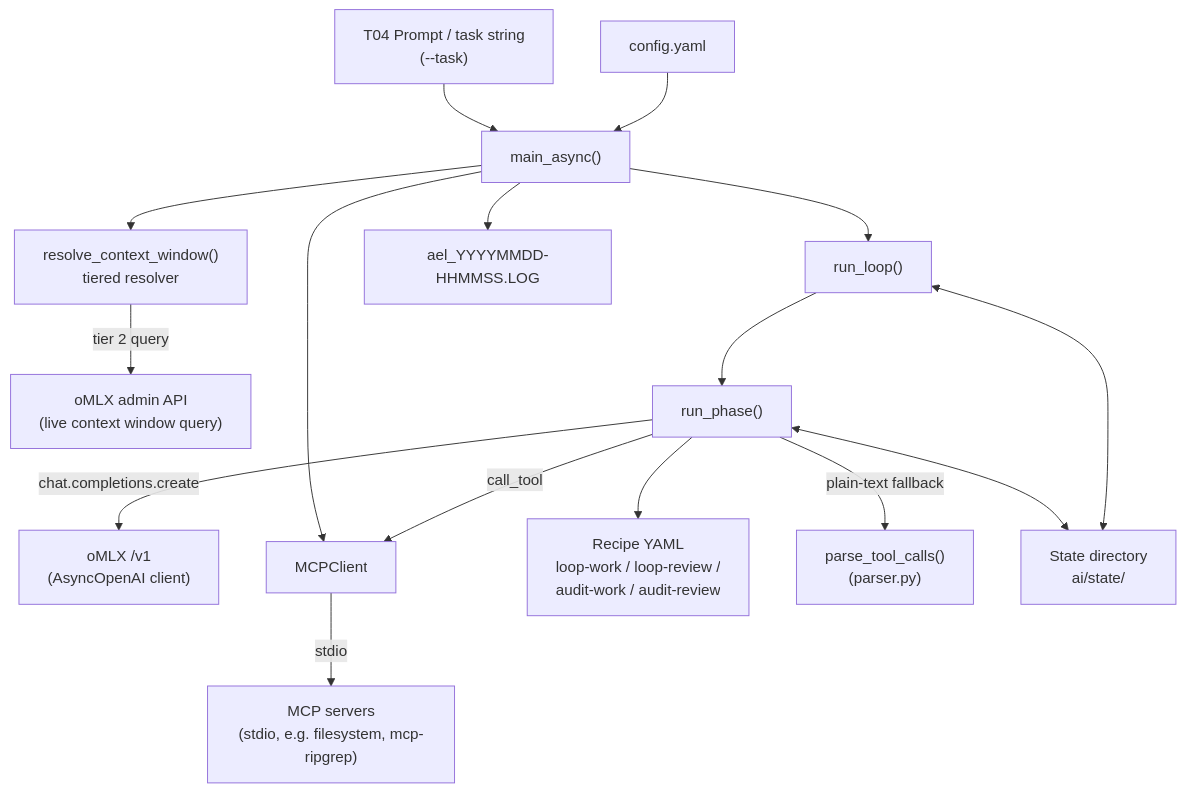
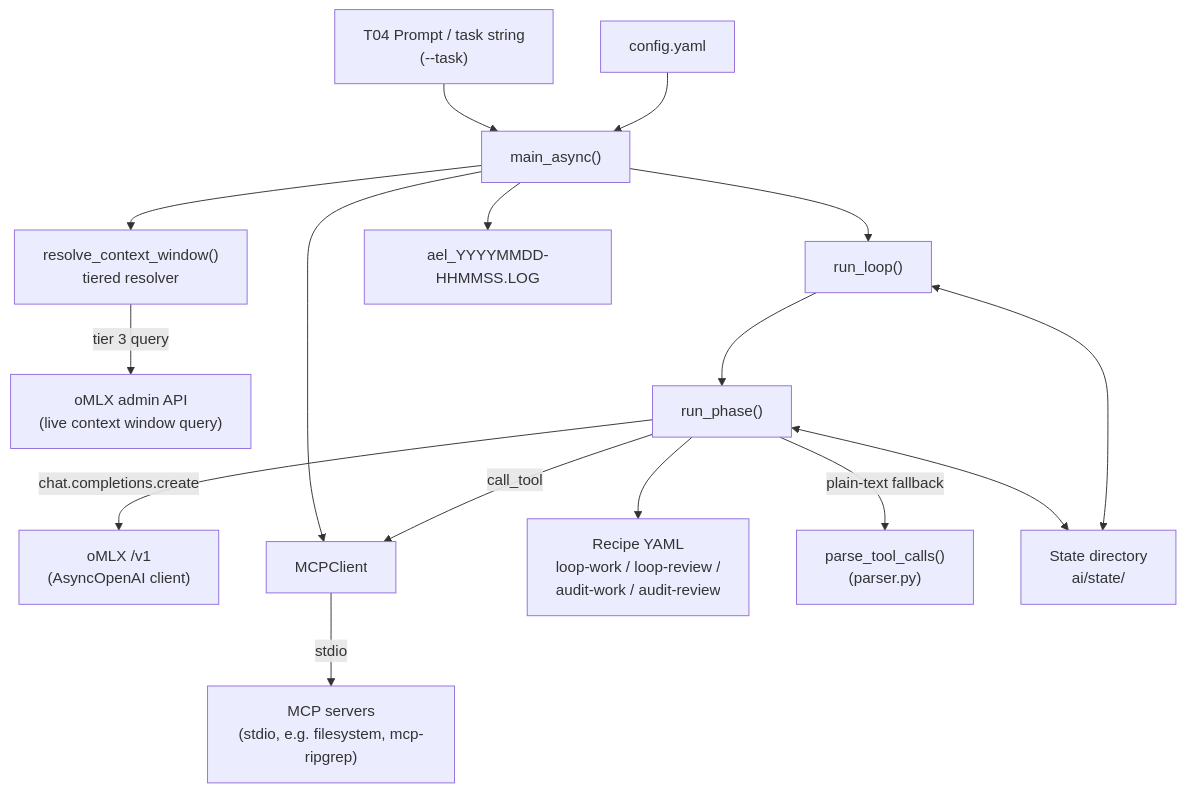
One commit to William12556/AI-Governance-and-Orchestration changed the first of 2 diagrams in dev/design/design-ael-orchestrator.md. Above: the diagram before and after it, drawn with Mermaid. The commit also changed other lines of this file and 1 other file, not shown here.

````diff
--- a/dev/design/design-ael-orchestrator.md
+++ b/dev/design/design-ael-orchestrator.md
@@ -88,33 +88,33 @@
 ```mermaid
 graph TD
     T04["T04 Prompt / task string<br/>(--task)"]
     CFG["config.yaml"]
     MAIN["main_async()"]
     CTXR["resolve_context_window()<br/>tiered resolver"]
     OMLXADMIN["oMLX admin API<br/>(live context window query)"]
     LLM["oMLX /v1<br/>(AsyncOpenAI client)"]
     MCPC["MCPClient"]
     MCPS["MCP servers<br/>(stdio, e.g. filesystem, mcp-ripgrep)"]
     RECIPE["Recipe YAML<br/>loop-work / loop-review /<br/>audit-work / audit-review"]
     RUNLOOP["run_loop()"]
     RUNPHASE["run_phase()"]
     PARSER["parse_tool_calls()<br/>(parser.py)"]
     STATE["State directory<br/>ai/state/"]
     LOG["ael_YYYYMMDD-HHMMSS.LOG"]
 
     T04 --> MAIN
     CFG --> MAIN
     MAIN --> CTXR
-    CTXR -->|tier 2 query| OMLXADMIN
+    CTXR -->|tier 3 query| OMLXADMIN
     MAIN --> MCPC
     MCPC -->|stdio| MCPS
     MAIN --> RUNLOOP
     RUNLOOP --> RUNPHASE
     RUNPHASE --> RECIPE
     RUNPHASE -->|chat.completions.create| LLM
     RUNPHASE -->|plain-text fallback| PARSER
     RUNPHASE -->|call_tool| MCPC
     RUNPHASE <--> STATE
     RUNLOOP <--> STATE
     MAIN --> LOG
 ```
````
